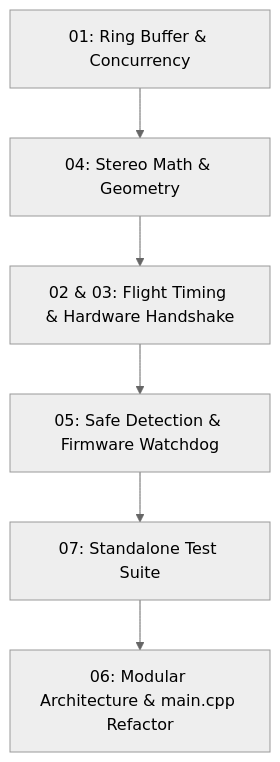
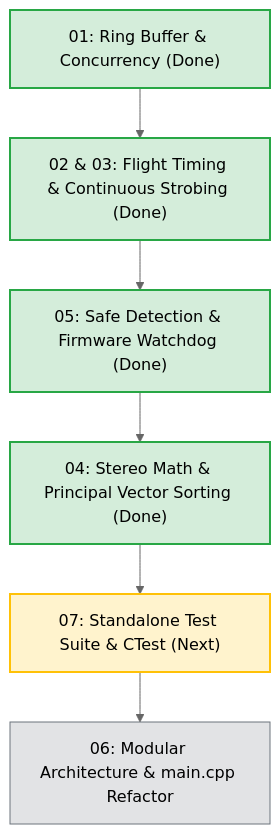
The diagram in docs/refactor/README.md (hward7044/GolfSim), drawn with Mermaid (neutral theme) before and after one commit. The commit also changed other lines of this file and 5 other files, not shown here.

````diff
--- a/docs/refactor/README.md
+++ b/docs/refactor/README.md
@@ -23,8 +23,15 @@
 ```mermaid
 graph TD
-    Phase1[01: Ring Buffer & Concurrency] --> Phase2[04: Stereo Math & Geometry]
-    Phase2 --> Phase3[02 & 03: Flight Timing & Hardware Handshake]
-    Phase3 --> Phase4[05: Safe Detection & Firmware Watchdog]
-    Phase4 --> Phase5[07: Standalone Test Suite]
-    Phase5 --> Phase6[06: Modular Architecture & main.cpp Refactor]
+    Phase1["01: Ring Buffer & Concurrency (Done)"] --> Phase2["02 & 03: Flight Timing & Continuous Strobing (Done)"]
+    Phase2 --> Phase3["05: Safe Detection & Firmware Watchdog (Done)"]
+    Phase3 --> Phase4["04: Stereo Math & Principal Vector Sorting (Done)"]
+    Phase4 --> Phase5["07: Standalone Test Suite & CTest (Next)"]
+    Phase5 --> Phase6["06: Modular Architecture & main.cpp Refactor"]
+    
+    style Phase1 fill:#d4edda,stroke:#28a745,stroke-width:2px;
+    style Phase2 fill:#d4edda,stroke:#28a745,stroke-width:2px;
+    style Phase3 fill:#d4edda,stroke:#28a745,stroke-width:2px;
+    style Phase4 fill:#d4edda,stroke:#28a745,stroke-width:2px;
+    style Phase5 fill:#fff3cd,stroke:#ffc107,stroke-width:2px;
+    style Phase6 fill:#e2e3e5,stroke:#6c757d,stroke-width:1px;
 ```
````
